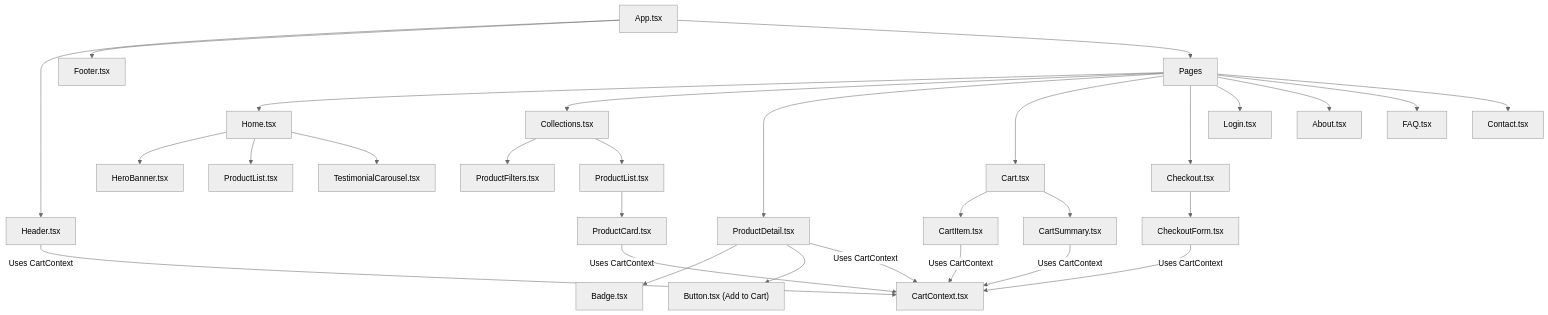
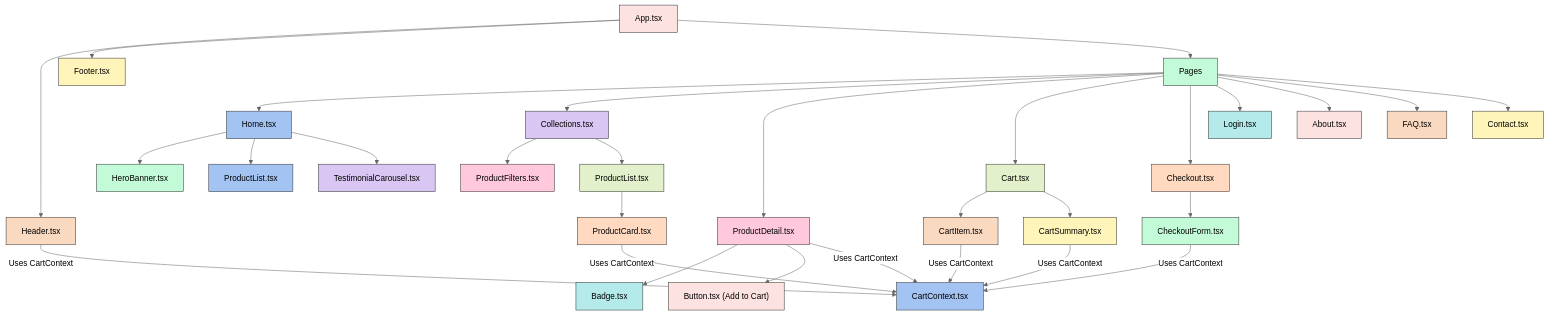
One commit to RaviRajanolla/Green-Origin changed the third of 5 diagrams in README.md. Above: the diagram before and after it, drawn with Mermaid (neutral theme). The commit also changed other lines of this file, not shown here.

````diff
--- a/README.md
+++ b/README.md
@@ -566,42 +578,66 @@
 ```mermaid
-
 flowchart TD
     App[App.tsx] --> Header["Header.tsx"]
     App --> Footer["Footer.tsx"]
     App --> Pages["Pages"]
 
     Pages --> Home["Home.tsx"]
     Pages --> Collections["Collections.tsx"]
     Pages --> ProductDetail["ProductDetail.tsx"]
     Pages --> Cart["Cart.tsx"]
     Pages --> Checkout["Checkout.tsx"]
     Pages --> Login["Login.tsx"]
     Pages --> About["About.tsx"]
     Pages --> FAQ["FAQ.tsx"]
     Pages --> Contact["Contact.tsx"]
 
     Home --> Hero["HeroBanner.tsx"]
     Home --> Featured["ProductList.tsx"]
     Home --> Testimonial["TestimonialCarousel.tsx"]
 
     Collections --> Filters["ProductFilters.tsx"]
     Collections --> ProductList["ProductList.tsx"]
 
     ProductList --> ProductCard["ProductCard.tsx"]
     ProductDetail --> Badge["Badge.tsx"]
     ProductDetail --> AddCart["Button.tsx (Add to Cart)"]
 
     Cart --> CartItem["CartItem.tsx"]
     Cart --> CartSummary["CartSummary.tsx"]
 
     Checkout --> CheckoutForm["CheckoutForm.tsx"]
 
     Header -->|Uses CartContext| CartContext["CartContext.tsx"]
     ProductCard -->|Uses CartContext| CartContext
     ProductDetail -->|Uses CartContext| CartContext
     CartItem -->|Uses CartContext| CartContext
     CartSummary -->|Uses CartContext| CartContext
     CheckoutForm -->|Uses CartContext| CartContext
 
-
+    %% Soft pastel colors
+    style App fill:#FDE2E2,stroke:#333,stroke-width:1px
+    style Header fill:#FAD9C1,stroke:#333,stroke-width:1px
+    style Footer fill:#FFF5BA,stroke:#333,stroke-width:1px
+    style Pages fill:#C3FBD8,stroke:#333,stroke-width:1px
+    style Home fill:#A3C4F3,stroke:#333,stroke-width:1px
+    style Collections fill:#D9C6F3,stroke:#333,stroke-width:1px
+    style ProductDetail fill:#FFC8DD,stroke:#333,stroke-width:1px
+    style Cart fill:#E2F0CB,stroke:#333,stroke-width:1px
+    style Checkout fill:#FFDAC1,stroke:#333,stroke-width:1px
+    style Login fill:#B5EAEA,stroke:#333,stroke-width:1px
+    style About fill:#FDE2E2,stroke:#333,stroke-width:1px
+    style FAQ fill:#FAD9C1,stroke:#333,stroke-width:1px
+    style Contact fill:#FFF5BA,stroke:#333,stroke-width:1px
+    style Hero fill:#C3FBD8,stroke:#333,stroke-width:1px
+    style Featured fill:#A3C4F3,stroke:#333,stroke-width:1px
+    style Testimonial fill:#D9C6F3,stroke:#333,stroke-width:1px
+    style Filters fill:#FFC8DD,stroke:#333,stroke-width:1px
+    style ProductList fill:#E2F0CB,stroke:#333,stroke-width:1px
+    style ProductCard fill:#FFDAC1,stroke:#333,stroke-width:1px
+    style Badge fill:#B5EAEA,stroke:#333,stroke-width:1px
+    style AddCart fill:#FDE2E2,stroke:#333,stroke-width:1px
+    style CartItem fill:#FAD9C1,stroke:#333,stroke-width:1px
+    style CartSummary fill:#FFF5BA,stroke:#333,stroke-width:1px
+    style CheckoutForm fill:#C3FBD8,stroke:#333,stroke-width:1px
+    style CartContext fill:#A3C4F3,stroke:#333,stroke-width:1px
 ```
````
